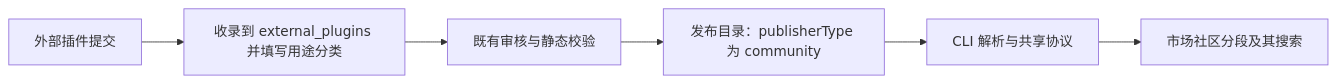
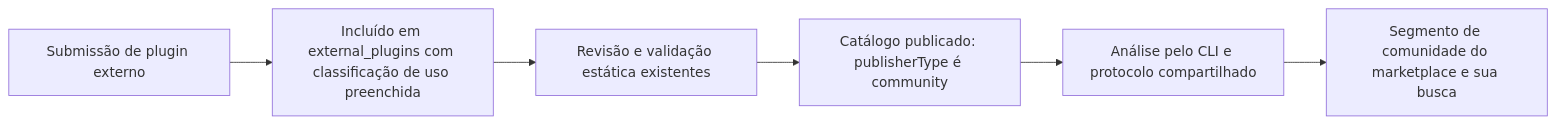
Before and after one commit to JoaoNetoDev/BR-Code: the first of 5 diagrams in docs/plugins/plugin-market-interactions-scope.md, drawn with Mermaid. The commit also changed other lines of this file and 177 other files, not shown here.

````diff
--- a/docs/plugins/plugin-market-interactions-scope.md
+++ b/docs/plugins/plugin-market-interactions-scope.md
@@ -49,8 +49,8 @@
 ```mermaid
 flowchart LR
-  A[外部插件提交] --> B[收录到 external_plugins 并填写用途分类]
-  B --> C[既有审核与静态校验]
-  C --> D[发布目录：publisherType 为 community]
-  D --> E[CLI 解析与共享协议]
-  E --> F[市场社区分段及其搜索]
+  A[Submissão de plugin externo] --> B[Incluído em external_plugins com classificação de uso preenchida]
+  B --> C[Revisão e validação estática existentes]
+  C --> D[Catálogo publicado: publisherType é community]
+  D --> E[Análise pelo CLI e protocolo compartilhado]
+  E --> F[Segmento de comunidade do marketplace e sua busca]
 ```
````
